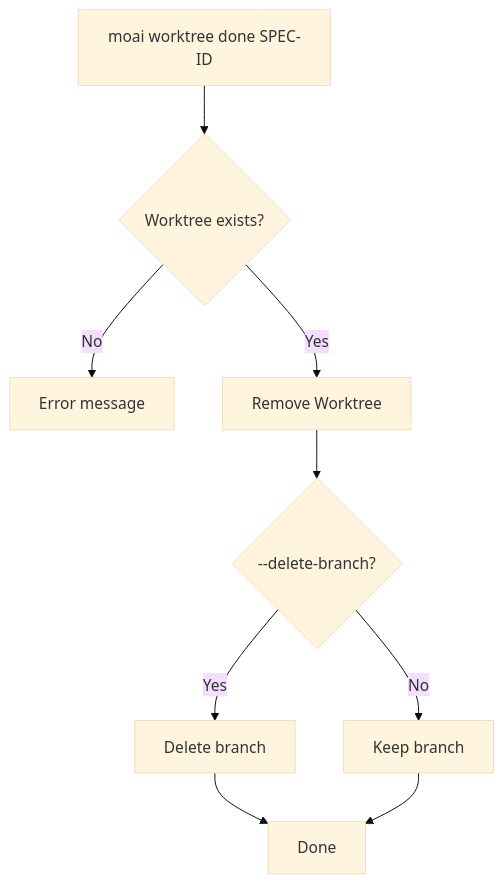
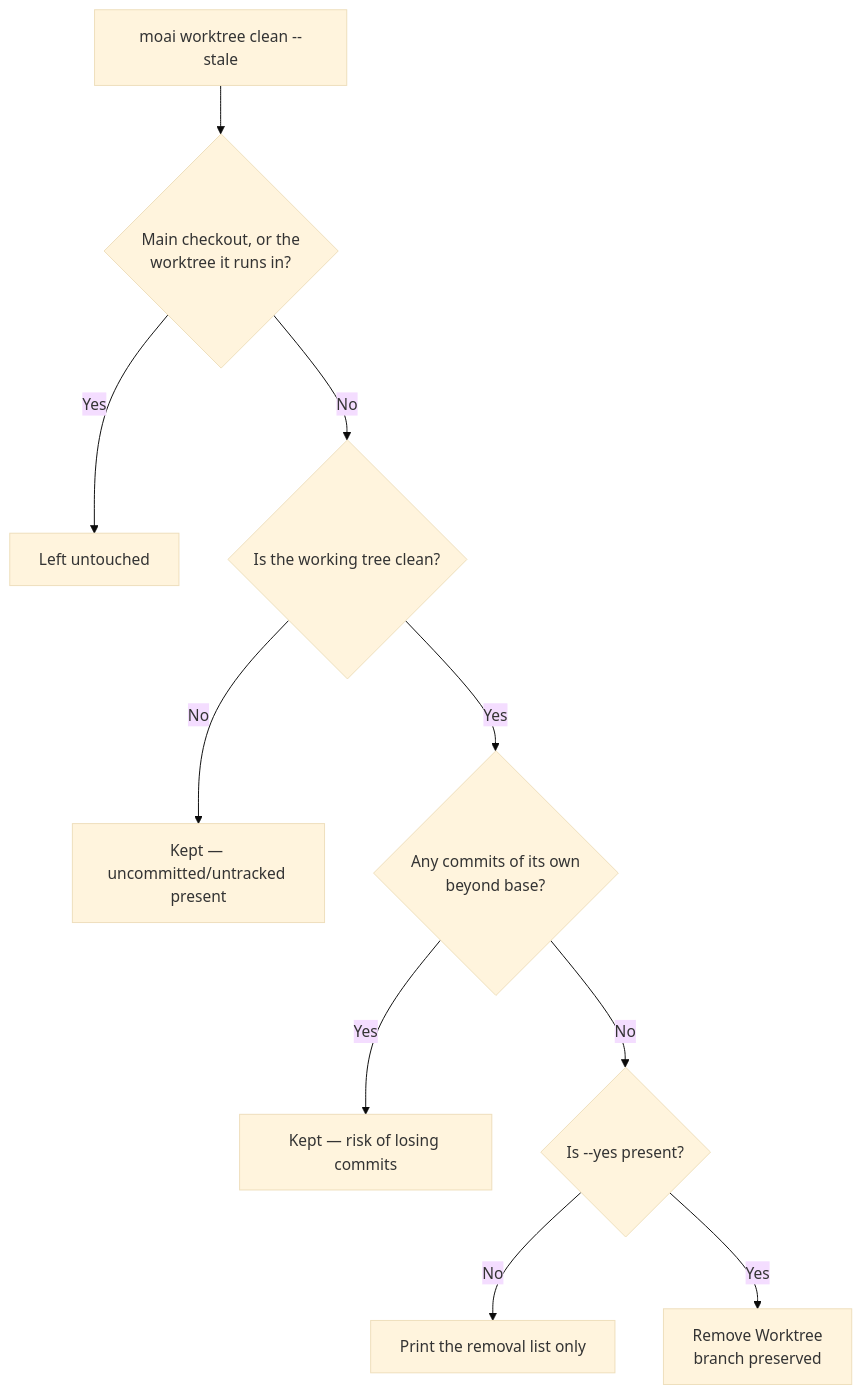
One commit to modu-ai/moai-adk changed the third of 9 diagrams in docs-site/content/en/worktree/guide.md. Above: the diagram before and after it, drawn with Mermaid (base theme). The commit also changed other lines of this file and 35 other files, not shown here.

````diff
--- a/docs-site/content/en/worktree/guide.md
+++ b/docs-site/content/en/worktree/guide.md
@@ -221,11 +288,12 @@
 ```mermaid
 flowchart TD
-    A[moai worktree done SPEC-ID] --> B{Worktree exists?}
-    B -->|No| C[Error message]
-    B -->|Yes| D[Remove Worktree]
-    D --> E{--delete-branch?}
-    E -->|Yes| F[Delete branch]
-    E -->|No| G[Keep branch]
-    F --> H[Done]
-    G --> H[Done]
+    A[moai worktree clean --stale] --> B{Main checkout, or the<br/>worktree it runs in?}
+    B -->|Yes| C[Left untouched]
+    B -->|No| D{Is the working tree clean?}
+    D -->|No| E[Kept — uncommitted/untracked present]
+    D -->|Yes| F{Any commits of its own<br/>beyond base?}
+    F -->|Yes| G[Kept — risk of losing commits]
+    F -->|No| H{Is --yes present?}
+    H -->|No| I[Print the removal list only]
+    H -->|Yes| J[Remove Worktree<br/>branch preserved]
 ```
````
